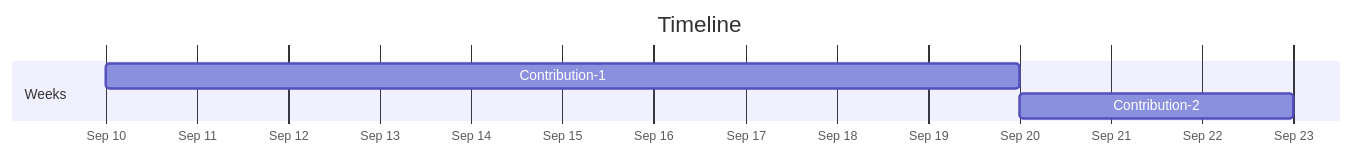
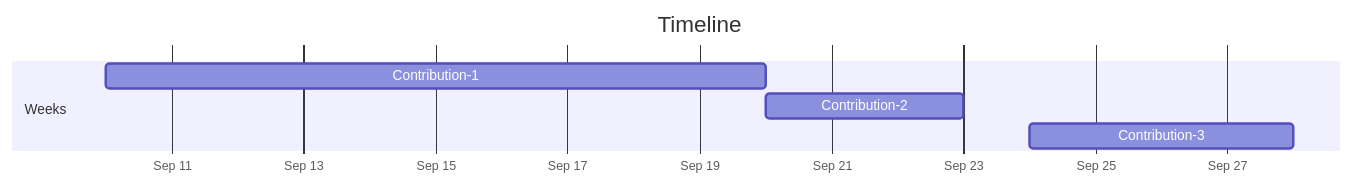
The diagram in Month5/Calendar and Timeline.md (JOSA-OpenLab/Basheer-Al-Jarrah), drawn with Mermaid before and after one commit. The commit also changed other lines of this file and 1 other file, not shown here.

Commit message:
docs(month-5): add contribution-3

````diff
--- a/Month5/Calendar and Timeline.md
+++ b/Month5/Calendar and Timeline.md
@@ -14,9 +15,10 @@
 ```mermaid
 gantt
     title Timeline
     dateFormat YYYY-MM-DD
     axisFormat %b %d
     section Weeks
     Contribution-1 :C1, 2026-09-10, 2026-09-20
     Contribution-2 :C2, 2026-09-20, 2026-09-23
+    Contribution-3 :C3, 2026-09-24, 2026-09-28
 ```
````
